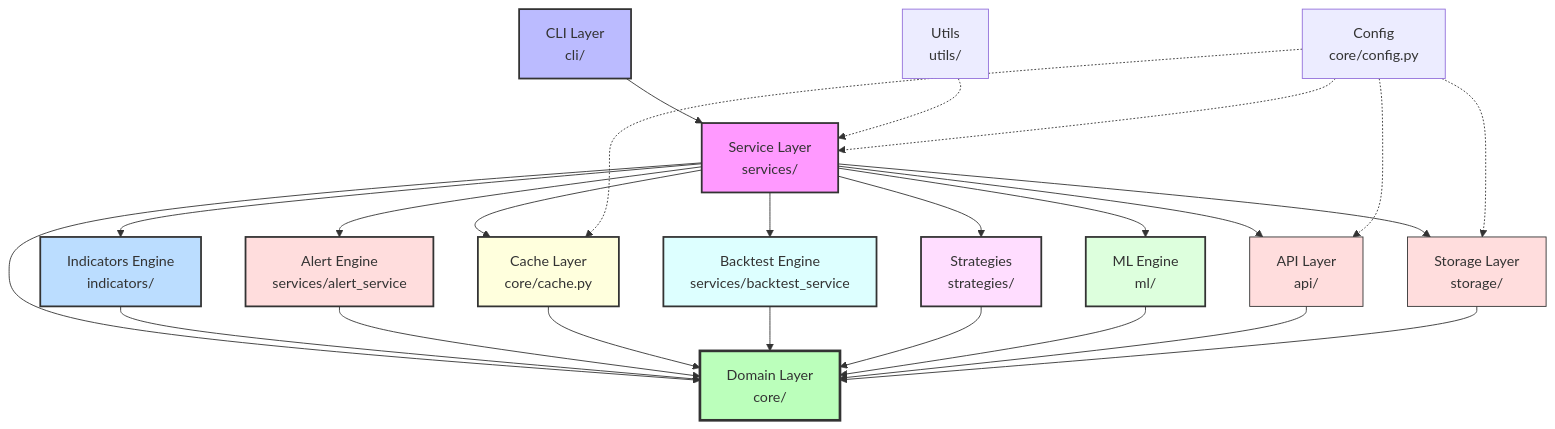
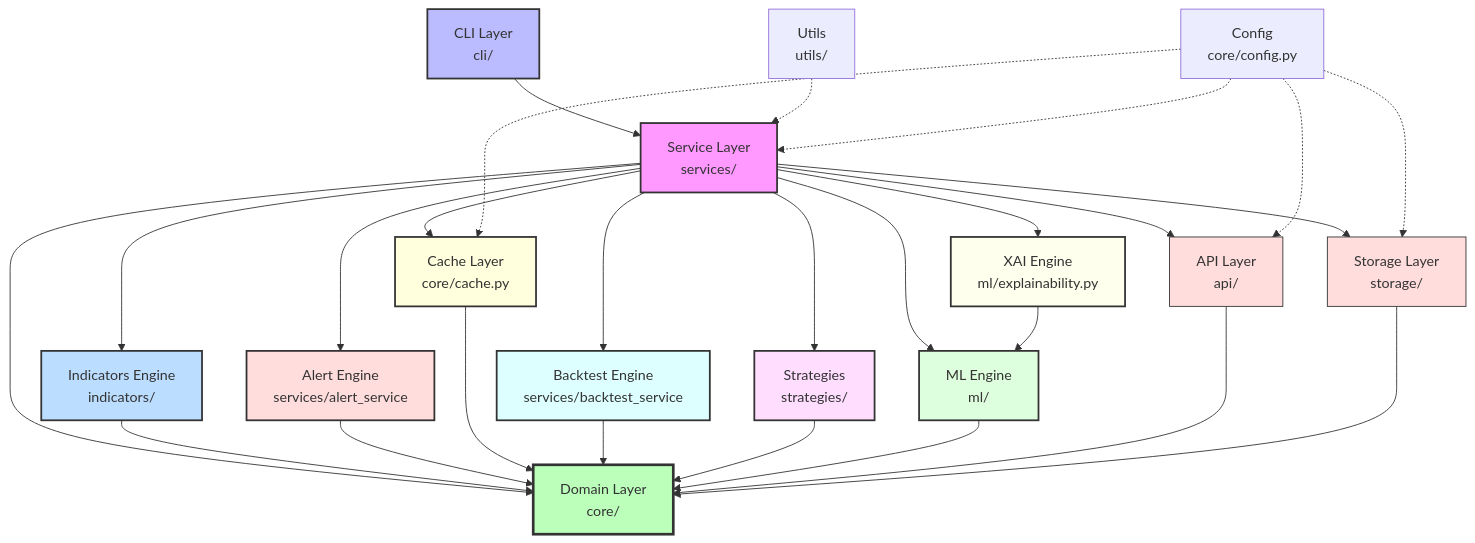
Before and after one commit to YaserEleraky/forex-tracker: the diagram in README.md, drawn with Mermaid. The commit also changed other lines of this file and 8 other files, not shown here.

````diff
--- a/README.md
+++ b/README.md
@@ -628,38 +683,41 @@
 ```mermaid
 graph TD
     A[CLI Layer<br/>cli/] --> B[Service Layer<br/>services/]
     B --> C[API Layer<br/>api/]
     B --> D[Storage Layer<br/>storage/]
     B --> H[Indicators Engine<br/>indicators/]
     B --> I[Alert Engine<br/>services/alert_service]
     B --> J[Cache Layer<br/>core/cache.py]
     B --> K[Backtest Engine<br/>services/backtest_service]
     B --> L[Strategies<br/>strategies/]
     B --> M[ML Engine<br/>ml/]
+    B --> N[XAI Engine<br/>ml/explainability.py]
     B --> E[Domain Layer<br/>core/]
     H --> E
     I --> E
     J --> E
     K --> E
     L --> E
     M --> E
+    N --> M
     C --> E
     D --> E
     F[Utils<br/>utils/] -.-> B
     G[Config<br/>core/config.py] -.-> C
     G -.-> D
     G -.-> J
     G -.-> B
 
     style A fill:#bbf,stroke:#333,stroke-width:2px
     style B fill:#f9f,stroke:#333,stroke-width:2px
     style E fill:#bfb,stroke:#333,stroke-width:3px
     style H fill:#bdf,stroke:#333,stroke-width:2px
     style I fill:#fdd,stroke:#333,stroke-width:2px
     style J fill:#ffd,stroke:#333,stroke-width:2px
     style K fill:#dff,stroke:#333,stroke-width:2px
     style L fill:#fdf,stroke:#333,stroke-width:2px
     style M fill:#dfd,stroke:#333,stroke-width:2px
+    style N fill:#ffe,stroke:#333,stroke-width:2px
     style C fill:#fdd,stroke:#333
     style D fill:#fdd,stroke:#333
 ```
````
